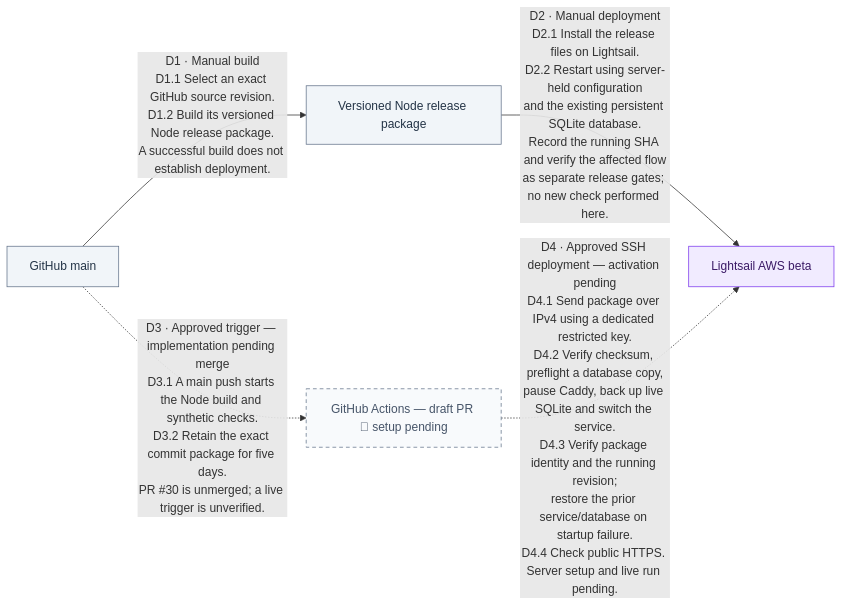
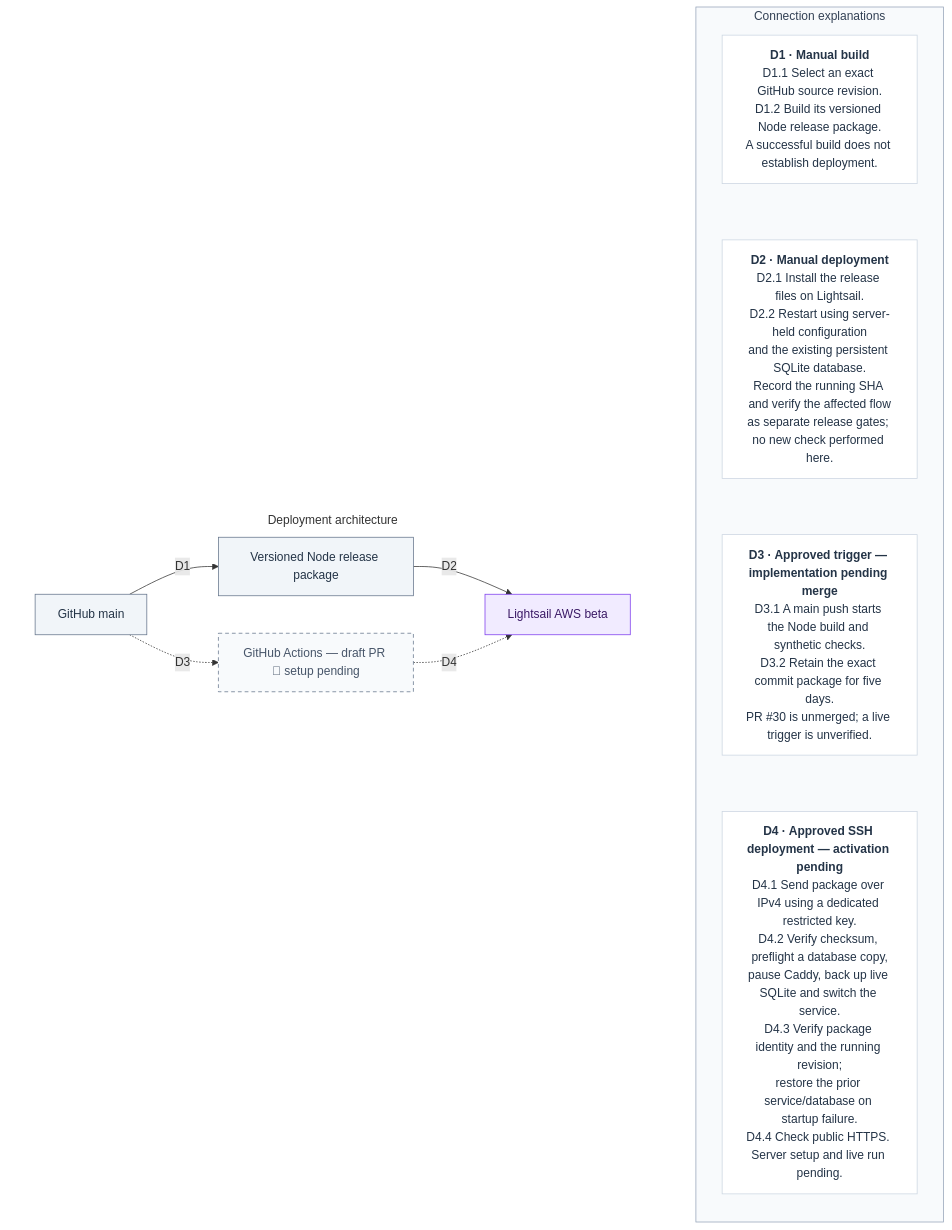
Before and after one commit to HewieTran/forrest-runs: the second of 2 diagrams in docs/architecture.md, drawn with Mermaid. The commit also changed other lines of this file, not shown here.

Commit message:
docs: place connection explanations beside architecture diagrams

````diff
--- a/docs/architecture.md
+++ b/docs/architecture.md
@@ -190,36 +220,57 @@
 ```mermaid
 flowchart LR
+    subgraph deploymentView["Deployment architecture"]
+        direction LR
     source["GitHub main"]
     bundle["Versioned Node release package"]
     beta["Lightsail AWS beta"]
     automation["GitHub Actions — draft PR #30; setup pending"]
 
-    source -->|"`D1 · Manual build
+    source -->|"D1"| bundle
+    bundle -->|"D2"| beta
+    source -.->|"D3"| automation
+    automation -.->|"D4"| beta
+
+    end
+
+    subgraph deploymentGuide["Connection explanations"]
+        direction TB
+        noteD1["`**D1 · Manual build**
 D1.1 Select an exact GitHub source revision.
 D1.2 Build its versioned Node release package.
-A successful build does not establish deployment.`"| bundle
-    bundle -->|"`D2 · Manual deployment
+A successful build does not establish deployment.`"]
+        noteD2["`**D2 · Manual deployment**
 D2.1 Install the release files on Lightsail.
 D2.2 Restart using server-held configuration
 and the existing persistent SQLite database.
 Record the running SHA and verify the affected flow
-as separate release gates; no new check performed here.`"| beta
-    source -.->|"`D3 · Approved trigger — implementation pending merge
+as separate release gates; no new check performed here.`"]
+        noteD3["`**D3 · Approved trigger — implementation pending merge**
 D3.1 A main push starts the Node build and synthetic checks.
 D3.2 Retain the exact commit package for five days.
-PR #30 is unmerged; a live trigger is unverified.`"| automation
-    automation -.->|"`D4 · Approved SSH deployment — activation pending
+PR #30 is unmerged; a live trigger is unverified.`"]
+        noteD4["`**D4 · Approved SSH deployment — activation pending**
 D4.1 Send package over IPv4 using a dedicated restricted key.
 D4.2 Verify checksum, preflight a database copy,
 pause Caddy, back up live SQLite and switch the service.
 D4.3 Verify package identity and the running revision;
 restore the prior service/database on startup failure.
-D4.4 Check public HTTPS. Server setup and live run pending.`"| beta
+D4.4 Check public HTTPS. Server setup and live run pending.`"]
+        noteD1 ~~~ noteD2
+        noteD2 ~~~ noteD3
+        noteD3 ~~~ noteD4
+    end
+
+    deploymentView ~~~ deploymentGuide
 
     classDef delivery fill:#F1F5F9,stroke:#64748B,color:#243447
     classDef compute fill:#F1EBFF,stroke:#7C3AED,color:#3B1A66
     classDef proposed fill:#F8FAFC,stroke:#64748B,color:#475569,stroke-dasharray:5 4
     class source,bundle delivery
     class beta compute
     class automation proposed
+    classDef explanation fill:#FFFFFF,stroke:#CBD5E1,color:#243447
+    class noteD1,noteD2,noteD3,noteD4 explanation
+    style deploymentView fill:transparent,stroke:transparent
+    style deploymentGuide fill:#F8FAFC,stroke:#94A3B8,color:#334155
 ```
````
